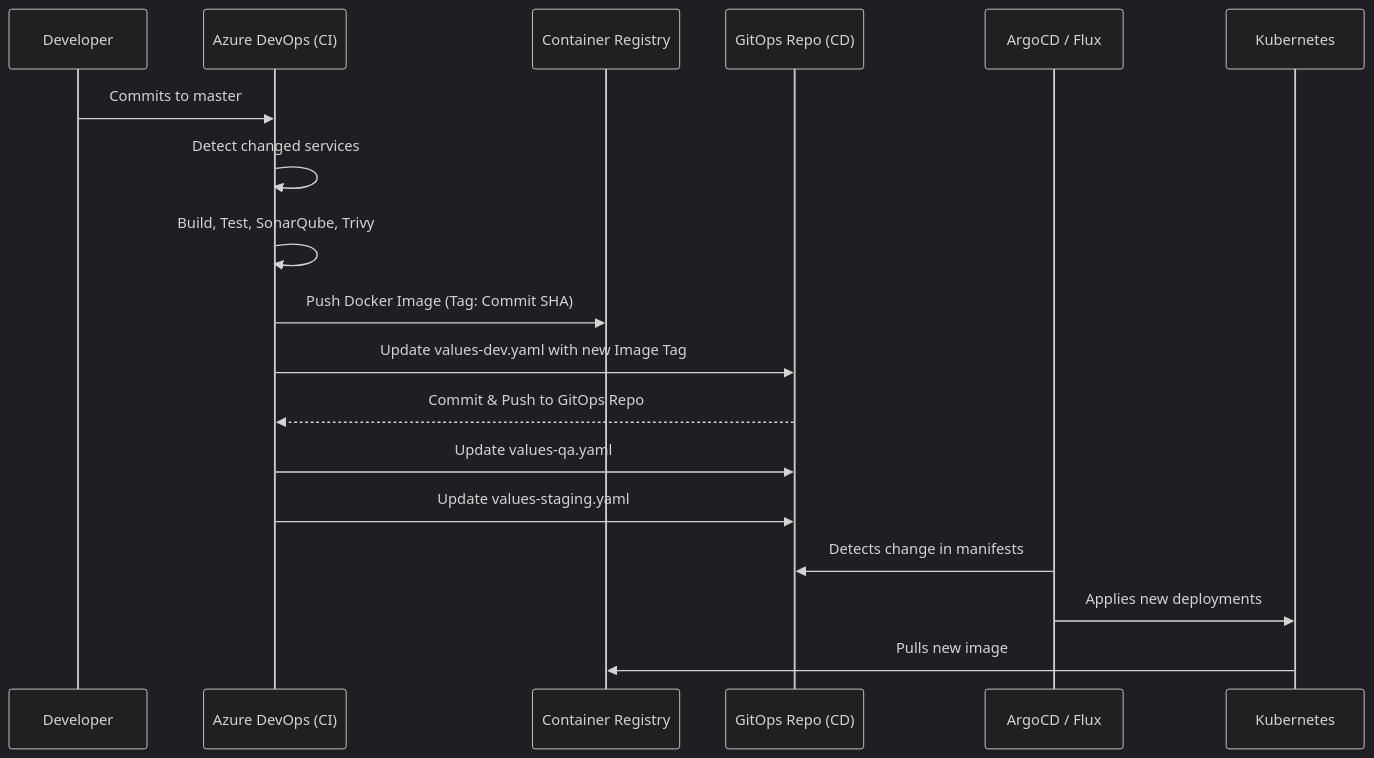
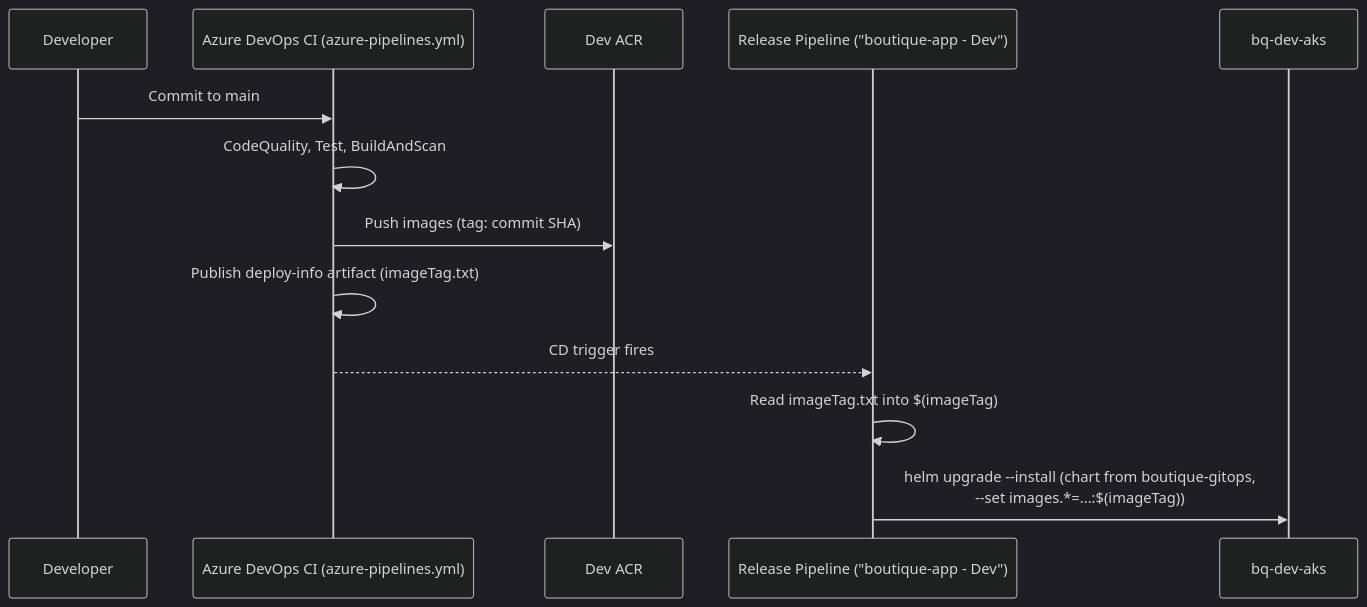
The second of 3 diagrams in README.md (nishadZC/boutique-app), drawn with Mermaid (dark theme) before and after one commit. The commit also changed other lines of this file and 4 other files, not shown here.

First line of the commit message:
chore: remove GitOps deploy remnants; HTTPS redirect in frontend nginx

````diff
--- a/README.md
+++ b/README.md
@@ -231,21 +242,16 @@
 ```mermaid
 sequenceDiagram
     participant Dev as Developer
-    participant Azure as Azure DevOps (CI)
-    participant ACR as Container Registry
-    participant GitOps as GitOps Repo (CD)
-    participant Argo as ArgoCD / Flux
-    participant K8s as Kubernetes
+    participant CI as Azure DevOps CI (azure-pipelines.yml)
+    participant ACR as Dev ACR
+    participant Rel as Release Pipeline ("boutique-app - Dev")
+    participant K8s as bq-dev-aks
 
-    Dev->>Azure: Commits to master
-    Azure->>Azure: Detect changed services
-    Azure->>Azure: Build, Test, SonarQube, Trivy
-    Azure->>ACR: Push Docker Image (Tag: Commit SHA)
-    Azure->>GitOps: Update values-dev.yaml with new Image Tag
-    GitOps-->>Azure: Commit & Push to GitOps Repo
-    Azure->>GitOps: Update values-qa.yaml
-    Azure->>GitOps: Update values-staging.yaml
-    Argo->>GitOps: Detects change in manifests
-    Argo->>K8s: Applies new deployments
-    K8s->>ACR: Pulls new image
+    Dev->>CI: Commit to main
+    CI->>CI: CodeQuality, Test, BuildAndScan
+    CI->>ACR: Push images (tag: commit SHA)
+    CI->>CI: Publish deploy-info artifact (imageTag.txt)
+    CI-->>Rel: CD trigger fires
+    Rel->>Rel: Read imageTag.txt into $(imageTag)
+    Rel->>K8s: helm upgrade --install (chart from boutique-gitops,<br/>--set images.*=...:$(imageTag))
 ```
````
